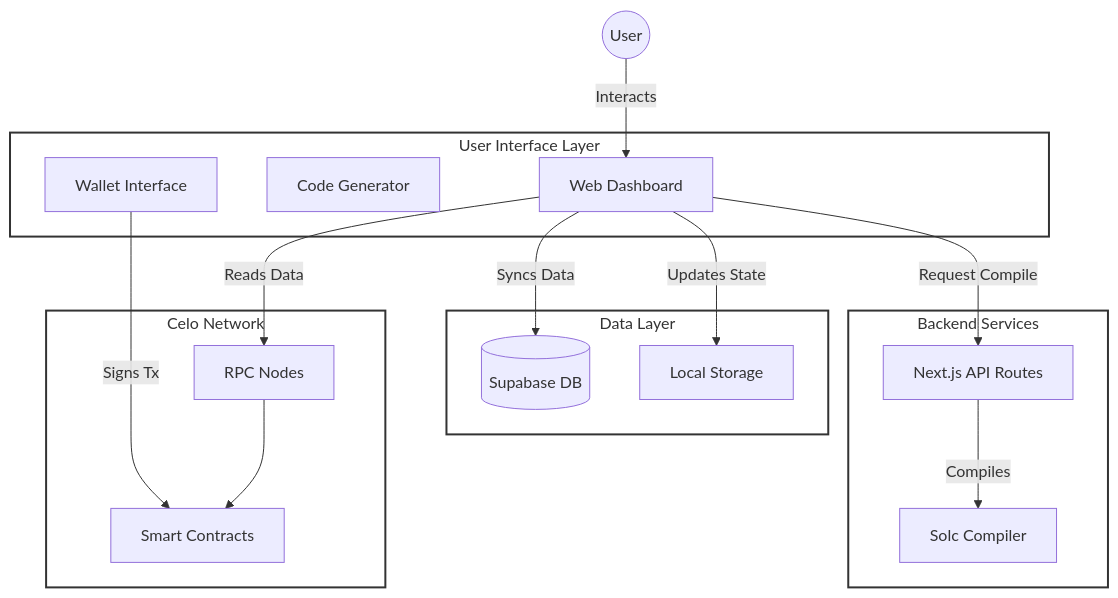
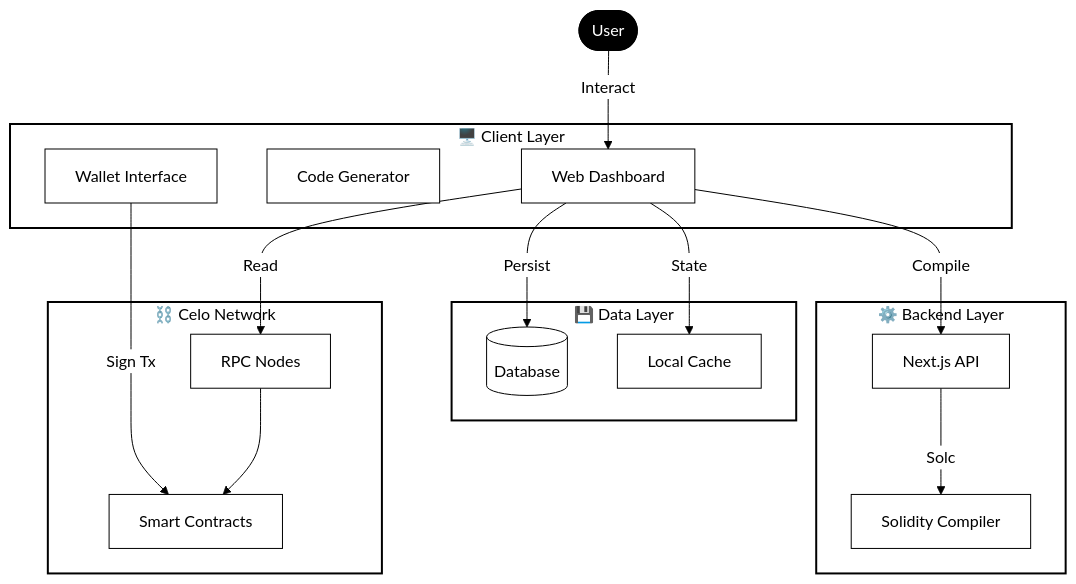
One commit to ROHIT8759/Low_-_No_Code_Platform_on_CELO changed the second of 5 diagrams in README.md. Above: the diagram before and after it, drawn with Mermaid. The commit also changed other lines of this file, not shown here.

````diff
--- a/README.md
+++ b/README.md
@@ -344,39 +222,39 @@
 ```mermaid
+%%{init: {'theme':'base', 'themeVariables': {'primaryColor':'#fff','primaryTextColor':'#000','primaryBorderColor':'#000','lineColor':'#000','secondaryColor':'#fff','tertiaryColor':'#fff'}}}%%
 graph TD
-    subgraph Client [User Interface Layer]
+    subgraph Client["🖥️ Client Layer"]
         UI[Web Dashboard]
-        Code[Code Generator]
+        Gen[Code Generator]
         Wallet[Wallet Interface]
     end
 
-    subgraph Server [Backend Services]
-        API[Next.js API Routes]
-        Compiler[Solc Compiler]
+    subgraph Server["⚙️ Backend Layer"]
+        API[Next.js API]
+        Compiler[Solidity Compiler]
     end
 
-    subgraph Data [Data Layer]
-        Supabase[(Supabase DB)]
-        Local[Local Storage]
+    subgraph Data["💾 Data Layer"]
+        DB[(Database)]
+        Cache[Local Cache]
     end
 
-    subgraph Blockchain [Celo Network]
+    subgraph Blockchain["⛓️ Celo Network"]
         RPC[RPC Nodes]
-        Contracts[Smart Contracts]
+        SC[Smart Contracts]
     end
 
-    User((User)) -->|Interacts| UI
-    UI -->|Updates State| Local
-    UI -->|Syncs Data| Supabase
+    User([User]) -->|Interact| UI
+    UI -->|State| Cache
+    UI -->|Persist| DB
+    UI -->|Compile| API
+    API -->|Solc| Compiler
+    Wallet -->|Sign Tx| SC
+    UI -->|Read| RPC
+    RPC --> SC
     
-    UI -->|Request Compile| API
-    API -->|Compiles| Compiler
-    
-    Wallet -->|Signs Tx| Contracts
-    UI -->|Reads Data| RPC
-    RPC --> Contracts
-    
-    style Client fill:#fff,stroke:#333,stroke-width:2px
-    style Server fill:#fff,stroke:#333,stroke-width:2px
-    style Data fill:#fff,stroke:#333,stroke-width:2px
-    style Blockchain fill:#fff,stroke:#333,stroke-width:2px
+    style Client fill:#fff,stroke:#000,stroke-width:2px
+    style Server fill:#fff,stroke:#000,stroke-width:2px
+    style Data fill:#fff,stroke:#000,stroke-width:2px
+    style Blockchain fill:#fff,stroke:#000,stroke-width:2px
+    style User fill:#000,stroke:#000,stroke-width:2px,color:#fff
 ```
````
